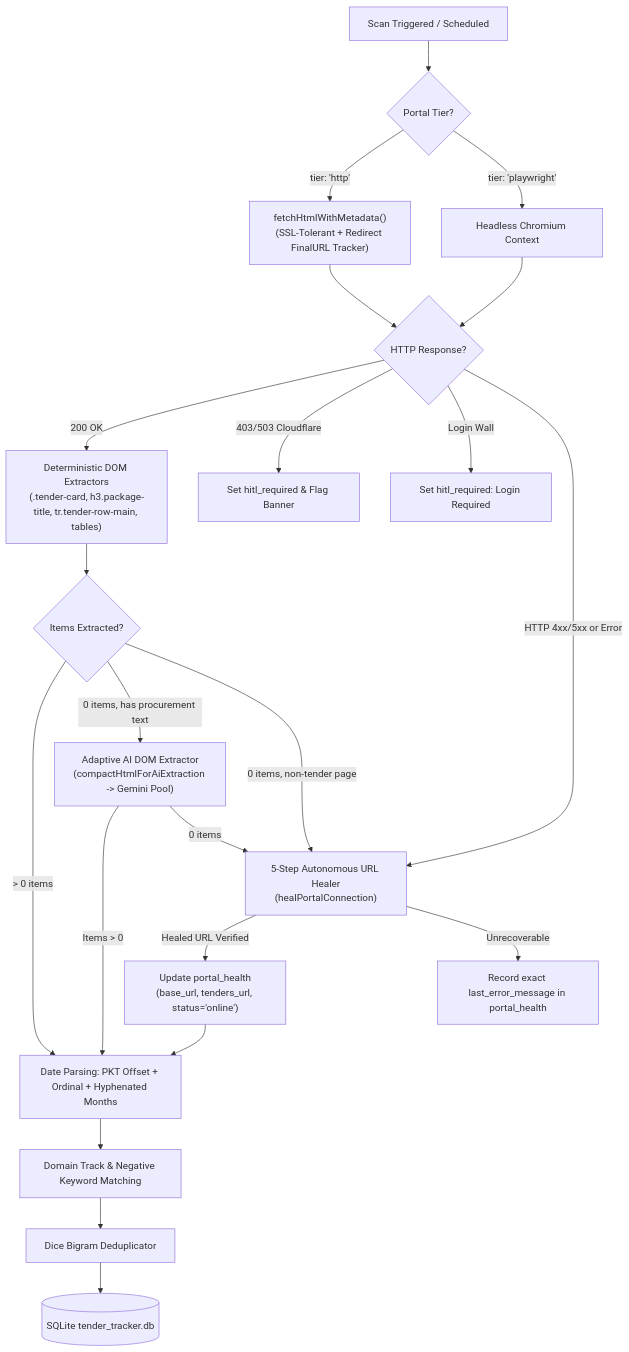
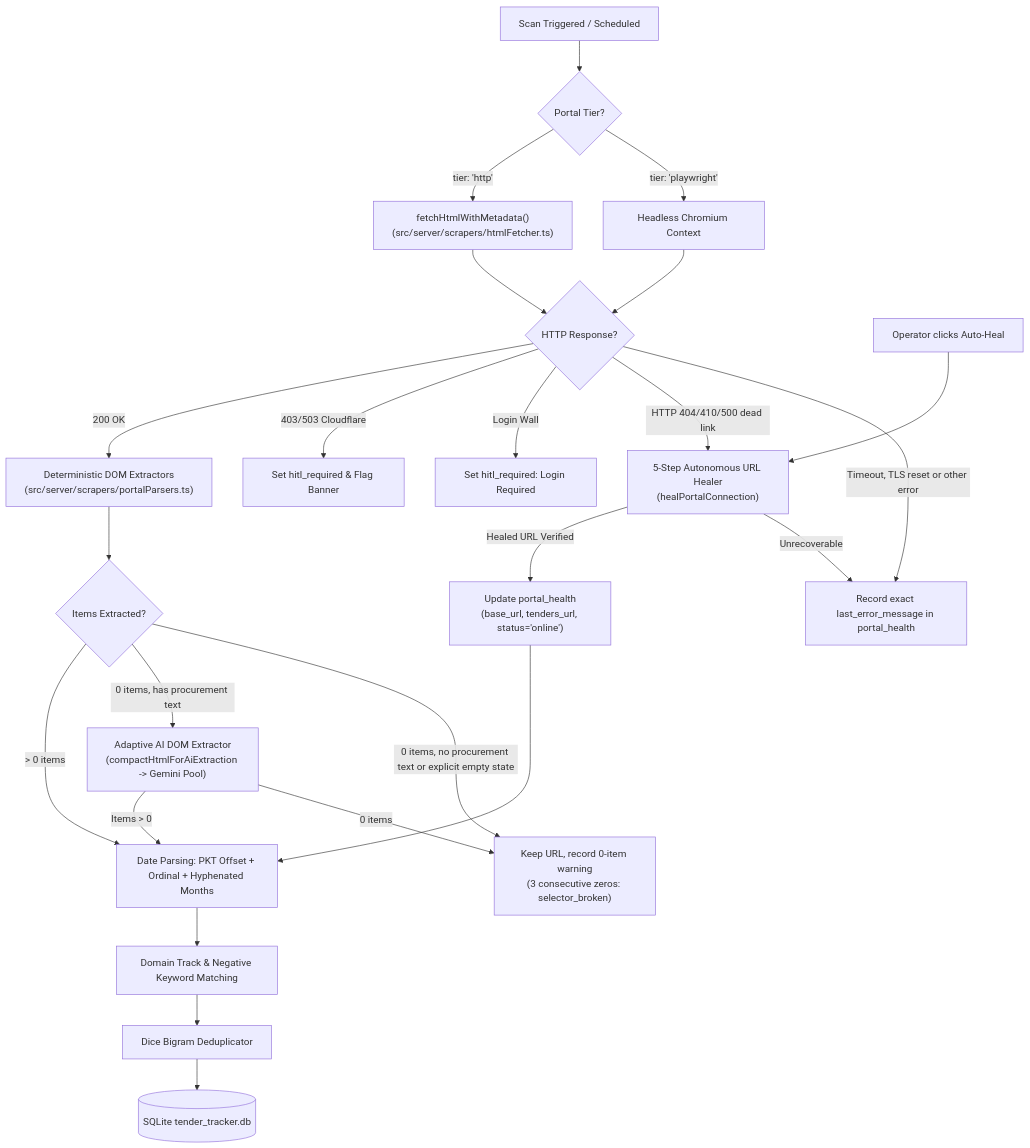
The diagram in docs/05-portals-and-scraping.md (ahsanabdullah90/Tender-Search), drawn with Mermaid before and after one commit. The commit also changed other lines of this file and 92 other files, not shown here.

````diff
--- a/docs/05-portals-and-scraping.md
+++ b/docs/05-portals-and-scraping.md
@@ -32,31 +34,35 @@
 ```mermaid
 flowchart TD
     ScanTrigger[Scan Triggered / Scheduled] --> TierBranch{Portal Tier?}
 
-    TierBranch -->|tier: 'http'| HttpFetch["fetchHtmlWithMetadata()<br/>(SSL-Tolerant + Redirect FinalURL Tracker)"]
+    TierBranch -->|tier: 'http'| HttpFetch["fetchHtmlWithMetadata()<br/>(src/server/scrapers/htmlFetcher.ts)"]
     TierBranch -->|tier: 'playwright'| PlaywrightFetch[Headless Chromium Context]
 
     HttpFetch --> RespCheck{HTTP Response?}
     PlaywrightFetch --> RespCheck
 
-    RespCheck -->|200 OK| DOMExtract["Deterministic DOM Extractors<br/>(.tender-card, h3.package-title, tr.tender-row-main, tables)"]
+    RespCheck -->|200 OK| DOMExtract["Deterministic DOM Extractors<br/>(src/server/scrapers/portalParsers.ts)"]
     RespCheck -->|403/503 Cloudflare| ChallengeDetect[Set hitl_required & Flag Banner]
     RespCheck -->|Login Wall| LoginDetect[Set hitl_required: Login Required]
-    RespCheck -->|HTTP 4xx/5xx or Error| Healer["5-Step Autonomous URL Healer<br/>(healPortalConnection)"]
+    RespCheck -->|HTTP 404/410/500 dead link| Healer["5-Step Autonomous URL Healer<br/>(healPortalConnection)"]
+    RespCheck -->|Timeout, TLS reset or other error| ErrorHandler
+    ManualHeal[Operator clicks Auto-Heal] --> Healer
 
     DOMExtract --> YieldCheck{Items Extracted?}
     YieldCheck -->|> 0 items| DateNorm[Date Parsing: PKT Offset + Ordinal + Hyphenated Months]
     YieldCheck -->|0 items, has procurement text| AiDom["Adaptive AI DOM Extractor<br/>(compactHtmlForAiExtraction -> Gemini Pool)"]
-    YieldCheck -->|0 items, non-tender page| Healer
+    YieldCheck -->|0 items, no procurement text or explicit empty state| ZeroYield["Keep URL, record 0-item warning<br/>(3 consecutive zeros: selector_broken)"]
 
     AiDom -->|Items > 0| DateNorm
-    AiDom -->|0 items| Healer
+    AiDom -->|0 items| ZeroYield
 
     Healer -->|Healed URL Verified| SaveHealed["Update portal_health<br/>(base_url, tenders_url, status='online')"]
     SaveHealed --> DateNorm
     Healer -->|Unrecoverable| ErrorHandler["Record exact last_error_message in portal_health"]
 
+    %% Rule 1: a 0-item scan on HTTP 200 never reaches the healer.
+
     DateNorm --> TrackMatch[Domain Track & Negative Keyword Matching]
     TrackMatch --> Dedupe[Dice Bigram Deduplicator]
     Dedupe --> DB[(SQLite tender_tracker.db)]
 ```
````
